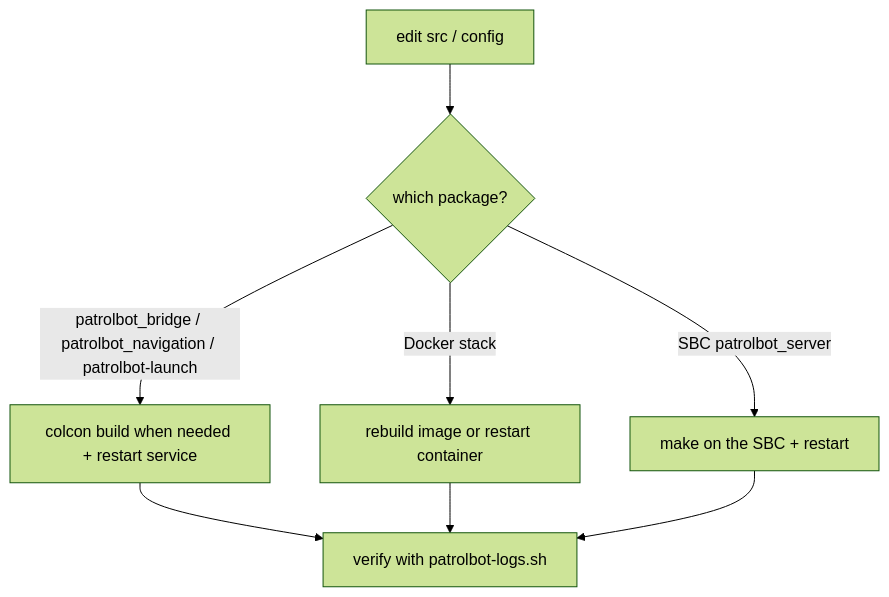
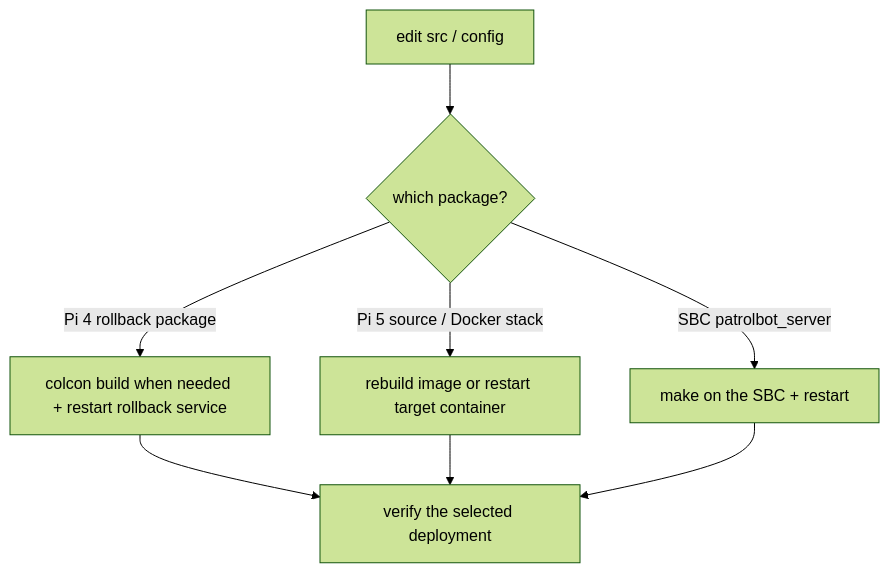
The diagram in docs/deployment/updates.md (cmu-impactlab/patrolbot), drawn with Mermaid (forest theme) before and after one commit. The commit also changed other lines of this file and 52 other files, not shown here.

````diff
--- a/docs/deployment/updates.md
+++ b/docs/deployment/updates.md
@@ -13,10 +13,10 @@
 ```mermaid
 flowchart TB
     EDIT["edit src / config"] --> WHICH{which package?}
-    WHICH -->|patrolbot_bridge / patrolbot_navigation / patrolbot-launch| BUILD["colcon build when needed + restart service"]
-    WHICH -->|Docker stack| DOCKER["rebuild image or restart container"]
+    WHICH -->|Pi 5 source / Docker stack| DOCKER["rebuild image or restart target container"]
+    WHICH -->|Pi 4 rollback package| BUILD["colcon build when needed + restart rollback service"]
     WHICH -->|SBC patrolbot_server| MAKE["make on the SBC + restart"]
-    BUILD --> VERIFY["verify with patrolbot-logs.sh"]
+    BUILD --> VERIFY["verify the selected deployment"]
     DOCKER --> VERIFY
     MAKE --> VERIFY
 ```
````
